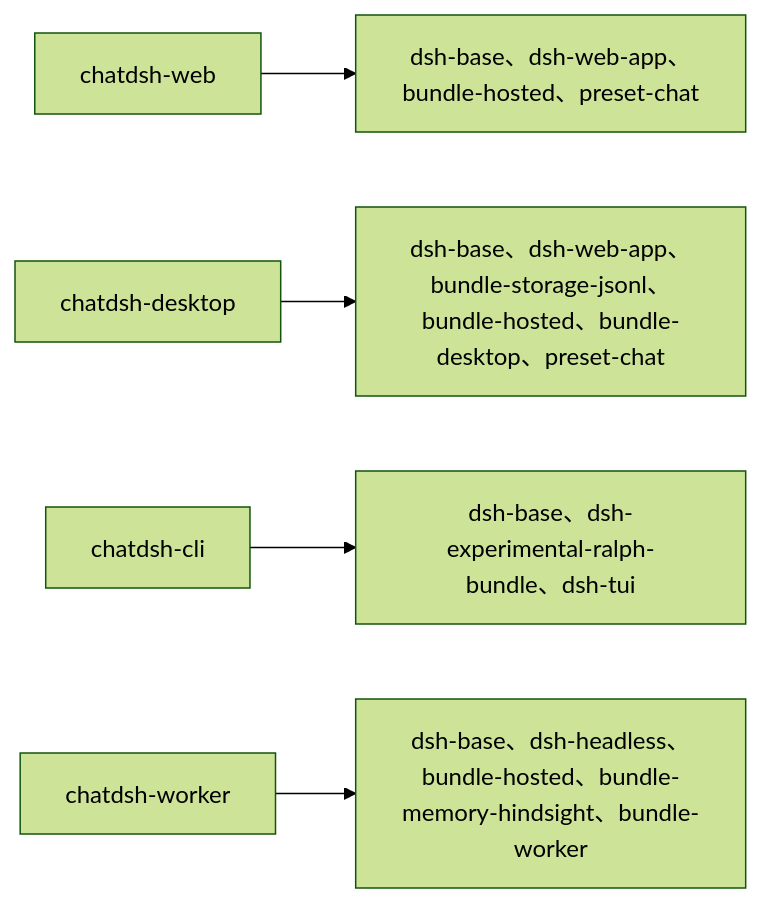
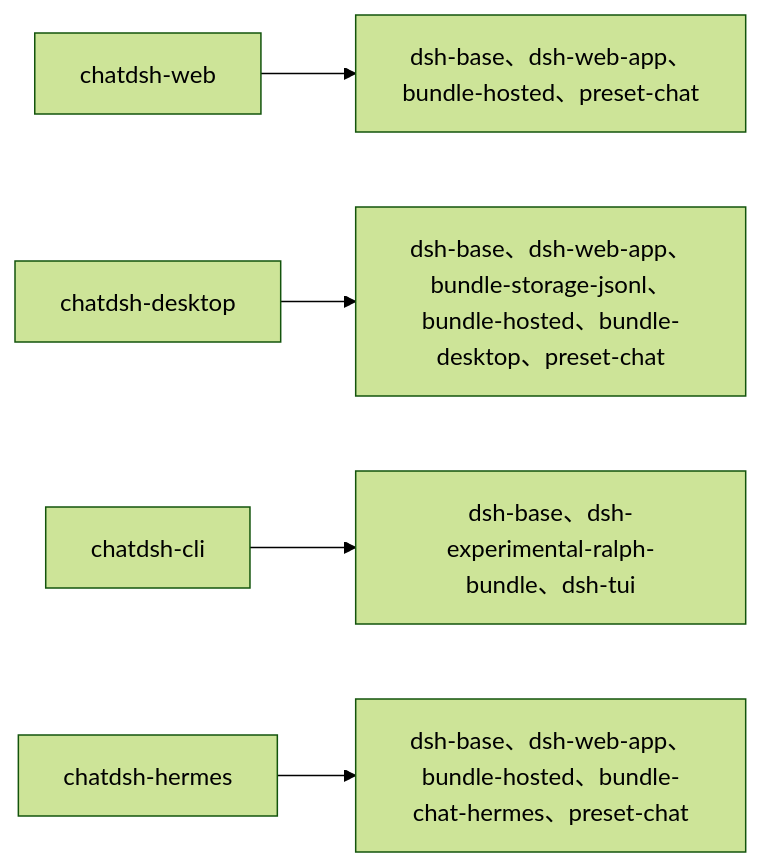
One commit to wenzetan/chatdsh changed the seventh of 17 diagrams in runtime/docs/architecture-diagram.md. Above: the diagram before and after it, drawn with Mermaid (forest theme). The commit also changed other lines of this file and 144 other files, not shown here.

````diff
--- a/runtime/docs/architecture-diagram.md
+++ b/runtime/docs/architecture-diagram.md
@@ -251,7 +243,7 @@
 ```mermaid
 flowchart LR
   P1["chatdsh-web"] --> L1["dsh-base、dsh-web-app、bundle-hosted、preset-chat"]
   P2["chatdsh-desktop"] --> L2["dsh-base、dsh-web-app、bundle-storage-jsonl、bundle-hosted、bundle-desktop、preset-chat"]
   P3["chatdsh-cli"] --> L3["dsh-base、dsh-experimental-ralph-bundle、dsh-tui"]
-  P4["chatdsh-worker"] --> L4["dsh-base、dsh-headless、bundle-hosted、bundle-memory-hindsight、bundle-worker"]
+  P4["chatdsh-hermes"] --> L4["dsh-base、dsh-web-app、bundle-hosted、bundle-chat-hermes、preset-chat"]
 ```
````
